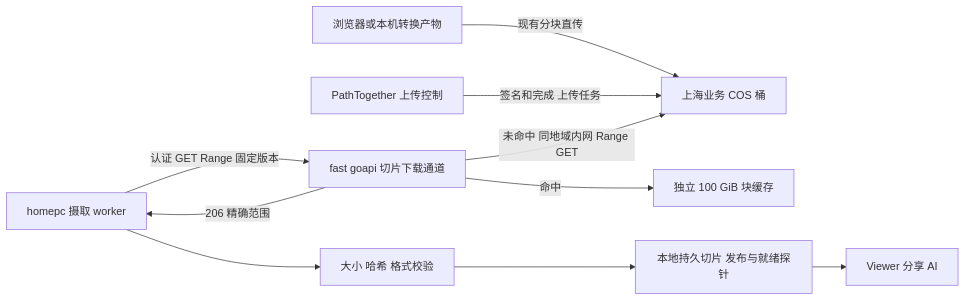
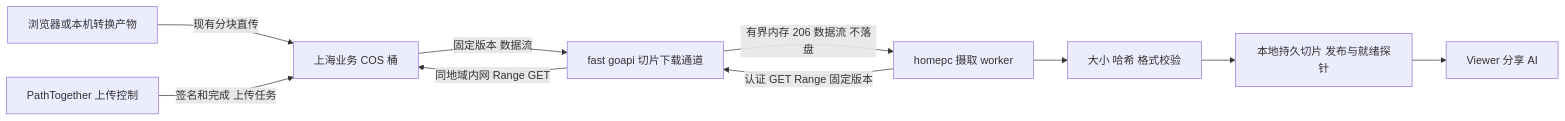
One commit to solarise94/PathTogether changed the diagram in docs/cos-fast-goapi-relay-design-20261013.md. Above: the diagram before and after it, drawn with Mermaid. The commit also changed other lines of this file, not shown here.

````diff
--- a/docs/cos-fast-goapi-relay-design-20261013.md
+++ b/docs/cos-fast-goapi-relay-design-20261013.md
@@ -76,12 +74,12 @@
 ```mermaid
 flowchart LR
   B[浏览器或本机转换产物] -->|现有分块直传| COS[上海业务 COS 桶]
   PT[PathTogether 上传控制] -->|签名和完成 上传任务| COS
   W[homepc 摄取 worker] -->|认证 GET Range 固定版本| G[fast goapi 切片下载通道]
-  G -->|命中| C[独立 100 GiB 块缓存]
-  G -->|未命中 同地域内网 Range GET| COS
-  G -->|206 精确范围| W
+  G -->|同地域内网 Range GET| COS
+  COS -->|固定版本 数据流| G
+  G -->|有界内存 206 数据流 不落盘| W
   W --> V[大小 哈希 格式校验]
   V --> P[本地持久切片 发布与就绪探针]
   P --> U[Viewer 分享 AI]
 ```
````
